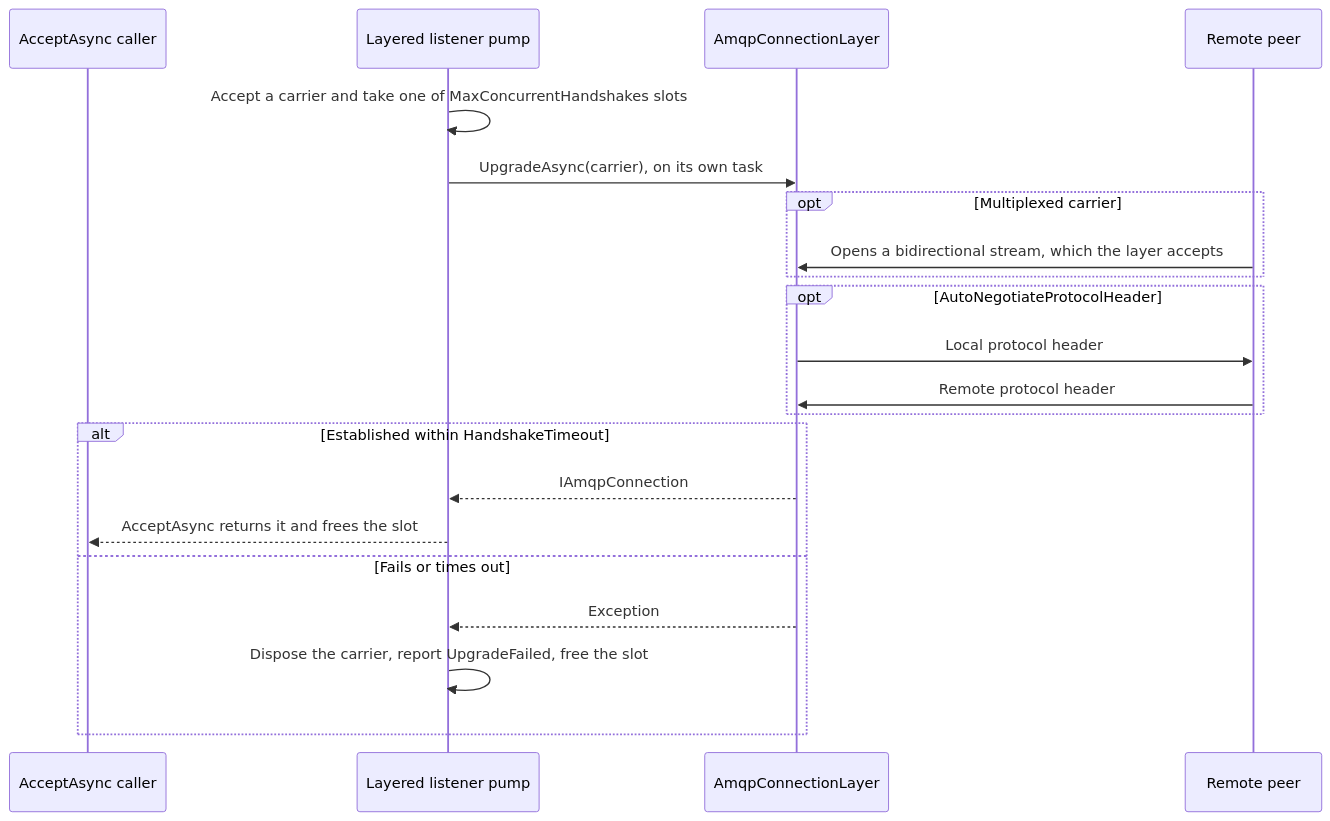
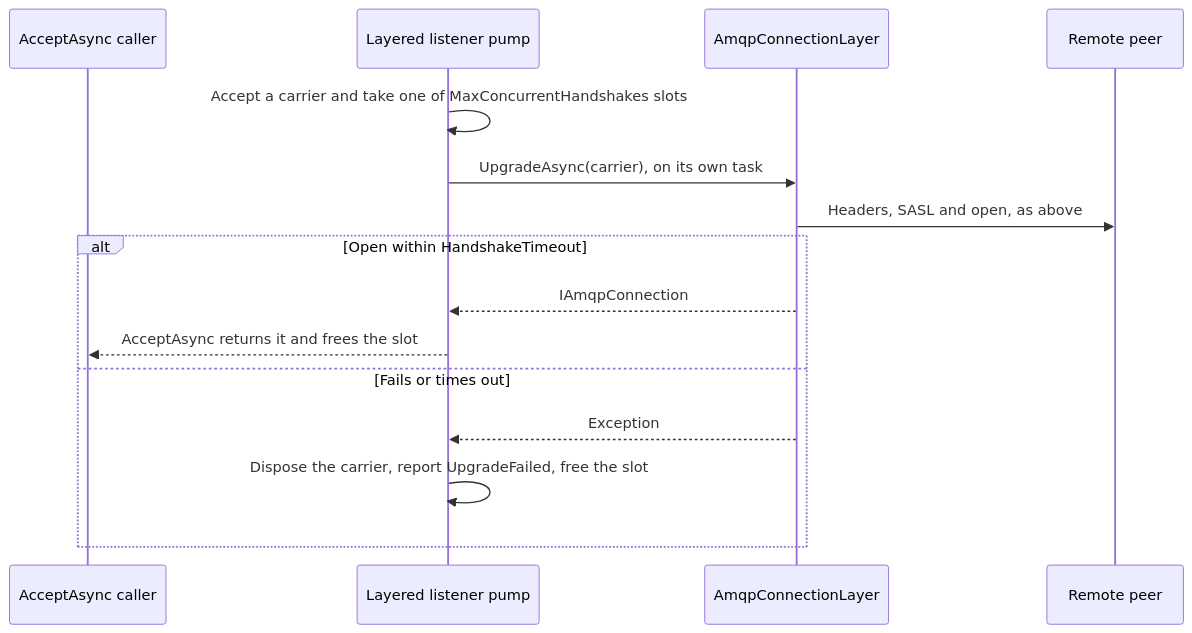
One commit to assimalign/cohesion changed the third of 4 diagrams in libraries/Amqp/Assimalign.Cohesion.Amqp.Connections/docs/DESIGN.md. Above: the diagram before and after it, drawn with Mermaid. The commit also changed other lines of this file and 3 other files, not shown here.

````diff
--- a/libraries/Amqp/Assimalign.Cohesion.Amqp.Connections/docs/DESIGN.md
+++ b/libraries/Amqp/Assimalign.Cohesion.Amqp.Connections/docs/DESIGN.md
@@ -116,23 +157,17 @@
 ```mermaid
 sequenceDiagram
     participant Caller as AcceptAsync caller
     participant Pump as Layered listener pump
     participant Layer as AmqpConnectionLayer
     participant Peer as Remote peer
     Pump->>Pump: Accept a carrier and take one of MaxConcurrentHandshakes slots
     Pump->>Layer: UpgradeAsync(carrier), on its own task
-    opt Multiplexed carrier
-        Peer->>Layer: Opens a bidirectional stream, which the layer accepts
-    end
-    opt AutoNegotiateProtocolHeader
-        Layer->>Peer: Local protocol header
-        Peer->>Layer: Remote protocol header
-    end
-    alt Established within HandshakeTimeout
+    Layer->>Peer: Headers, SASL and open, as above
+    alt Open within HandshakeTimeout
         Layer-->>Pump: IAmqpConnection
         Pump-->>Caller: AcceptAsync returns it and frees the slot
     else Fails or times out
         Layer-->>Pump: Exception
         Pump->>Pump: Dispose the carrier, report UpgradeFailed, free the slot
     end
 ```
````
